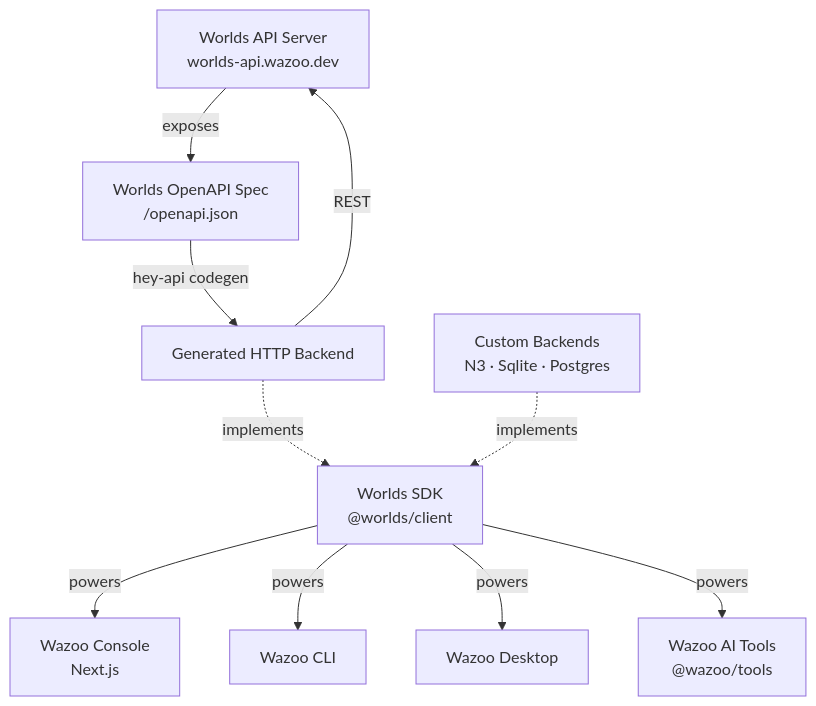
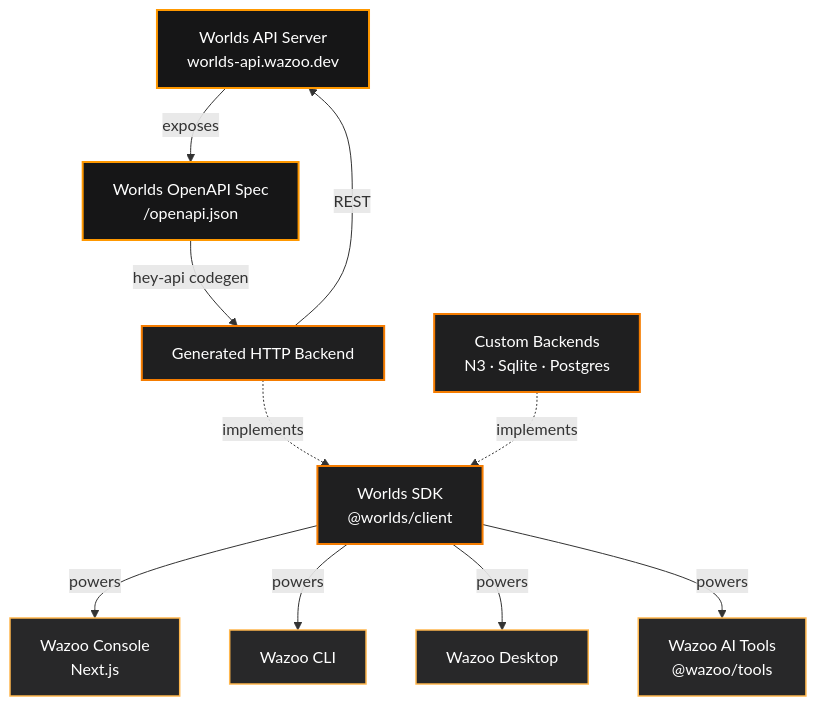
One commit to wazootech/docs.wazoo.dev changed the third of 6 diagrams in contribute/architecture.mdx. Above: the diagram before and after it, drawn with Mermaid. The commit also changed other lines of this file, not shown here.

Commit message:
docs: update all architecture diagrams to use accessible brand styling

````diff
--- a/contribute/architecture.mdx
+++ b/contribute/architecture.mdx
@@ -101,22 +119,31 @@
 ```mermaid
 flowchart TD
+    %% Class definitions for accessibility & brand colors
+    classDef api fill:#161617,stroke:#FF9800,stroke-width:2px,color:#ffffff;
+    classDef sdk fill:#1f1f20,stroke:#F57C00,stroke-width:2px,color:#ffffff;
+    classDef apps fill:#282829,stroke:#FFB74D,stroke-width:1.5px,color:#ffffff;
+
     WorldsAPI[Worlds API Server<br/>worlds-api.wazoo.dev]
     OpenAPI[Worlds OpenAPI Spec<br/>/openapi.json]
     HTTPBackend[Generated HTTP Backend]
     WorldsSDK[Worlds SDK<br/>@worlds/client]
     CustomBackends[Custom Backends<br/>N3 · Sqlite · Postgres]
     Console[Wazoo Console<br/>Next.js]
     CLI[Wazoo CLI]
     Desktop[Wazoo Desktop]
     Tools[Wazoo AI Tools<br/>@wazoo/tools]
 
     WorldsAPI -->|exposes| OpenAPI
     OpenAPI -->|hey-api codegen| HTTPBackend
     HTTPBackend -.->|implements| WorldsSDK
     CustomBackends -.->|implements| WorldsSDK
     WorldsSDK -->|powers| Console
     WorldsSDK -->|powers| CLI
     WorldsSDK -->|powers| Desktop
     WorldsSDK -->|powers| Tools
     HTTPBackend -->|REST| WorldsAPI
+
+    class WorldsAPI,OpenAPI api;
+    class HTTPBackend,WorldsSDK,CustomBackends sdk;
+    class Console,CLI,Desktop,Tools apps;
 ```
````
